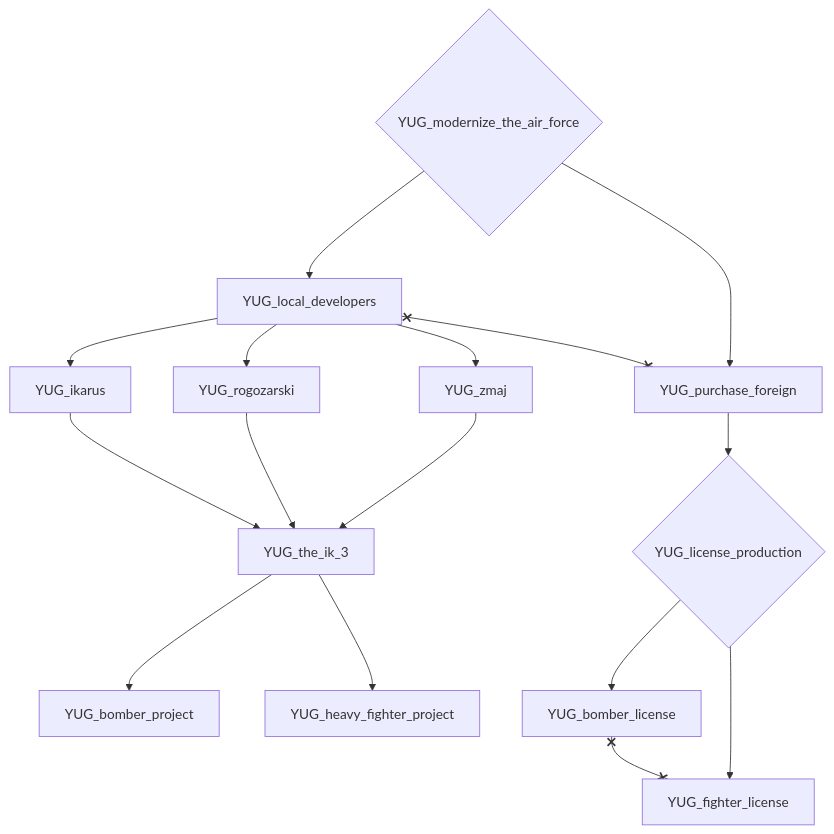
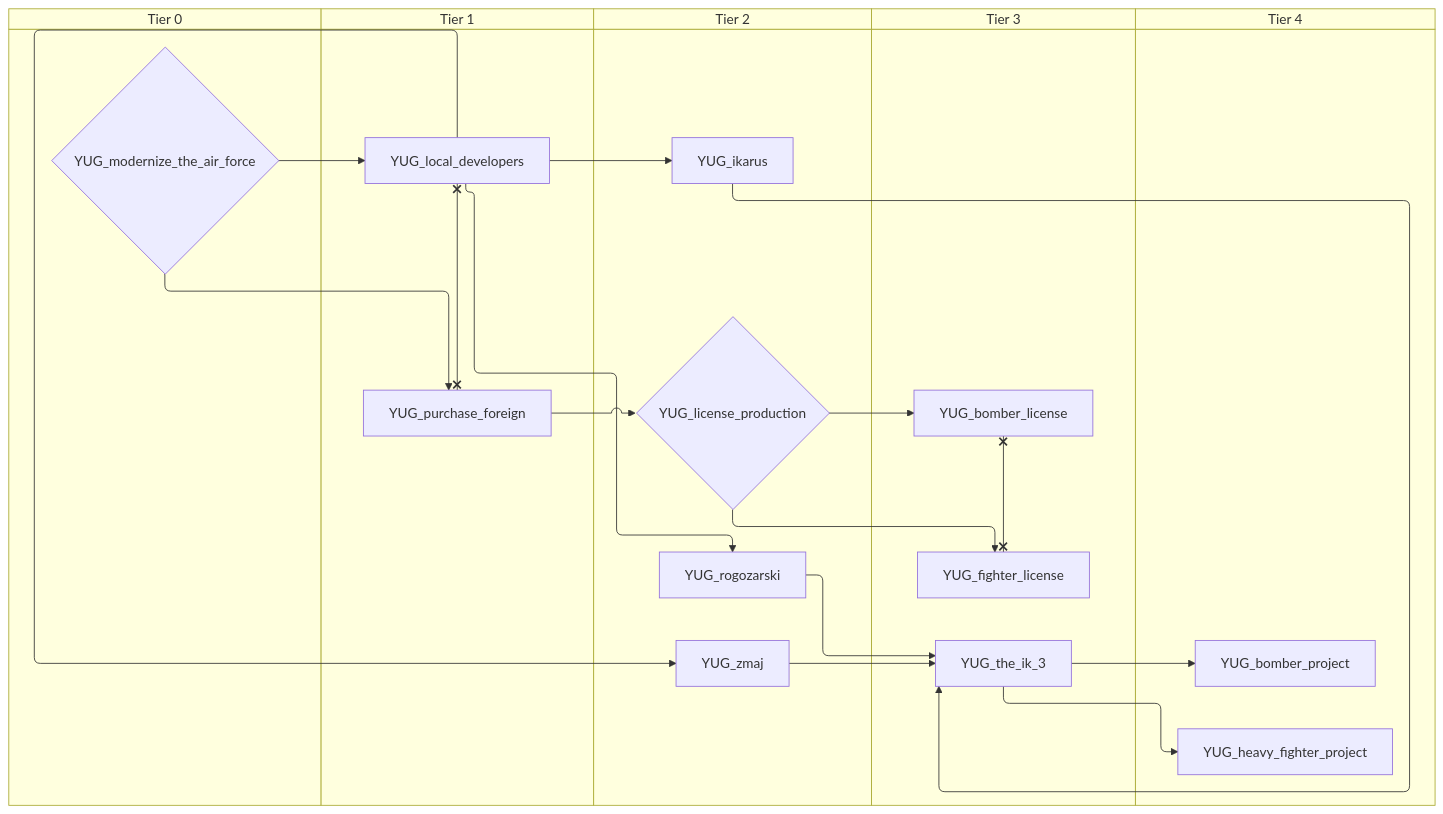
One commit to evgeny-sobol/hoi4-sandbox-mode changed the fifth of 7 diagrams in docs/gdd/National Focuses/yugoslavia.md. Above: the diagram before and after it, drawn with Mermaid. The commit also changed other lines of this file and 80 other files, not shown here.

First line of the commit message:
Add swimlane mode to focus graph exporter

````diff
--- a/docs/gdd/National Focuses/yugoslavia.md
+++ b/docs/gdd/National Focuses/yugoslavia.md
@@ -133,30 +175,40 @@
 ```mermaid
-flowchart TD
-    n46["YUG_bomber_license"]
-    n47["YUG_bomber_project"]
-    n48["YUG_fighter_license"]
-    n49["YUG_heavy_fighter_project"]
-    n50["YUG_ikarus"]
-    n51{"YUG_license_production"}
-    n52["YUG_local_developers"]
-    n53{"YUG_modernize_the_air_force"}
-    n54["YUG_purchase_foreign"]
-    n55["YUG_rogozarski"]
-    n56["YUG_the_ik_3"]
-    n57["YUG_zmaj"]
-    n51 --> n46
-    n56 --> n47
-    n51 --> n48
-    n56 --> n49
-    n52 --> n50
-    n54 --> n51
-    n53 --> n52
-    n53 --> n54
+swimlane-beta TD
+    subgraph tier_0["Tier 0"]
+        n46{"YUG_modernize_the_air_force"}
+    end
+    subgraph tier_1["Tier 1"]
+        n47["YUG_local_developers"]
+        n48["YUG_purchase_foreign"]
+    end
+    subgraph tier_2["Tier 2"]
+        n49["YUG_ikarus"]
+        n50{"YUG_license_production"}
+        n51["YUG_rogozarski"]
+        n52["YUG_zmaj"]
+    end
+    subgraph tier_3["Tier 3"]
+        n53["YUG_bomber_license"]
+        n54["YUG_fighter_license"]
+        n55["YUG_the_ik_3"]
+    end
+    subgraph tier_4["Tier 4"]
+        n56["YUG_bomber_project"]
+        n57["YUG_heavy_fighter_project"]
+    end
+    n50 --> n53
+    n55 --> n56
+    n50 --> n54
+    n55 --> n57
+    n47 --> n49
+    n48 --> n50
+    n46 --> n47
+    n46 --> n48
+    n47 --> n51
+    n49 --> n55
+    n51 --> n55
     n52 --> n55
-    n50 --> n56
-    n55 --> n56
-    n57 --> n56
-    n52 --> n57
-    n46 x--x n48
-    n52 x--x n54
+    n47 --> n52
+    n53 x--x n54
+    n47 x--x n48
 ```
````
